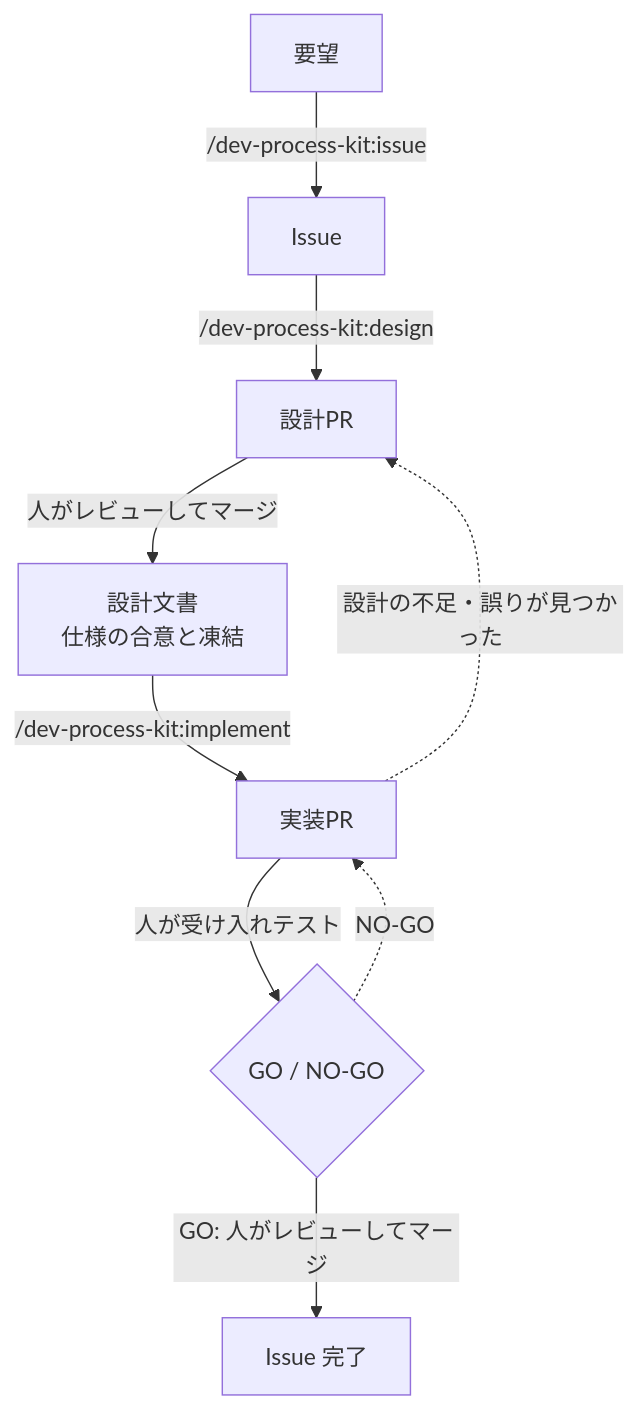
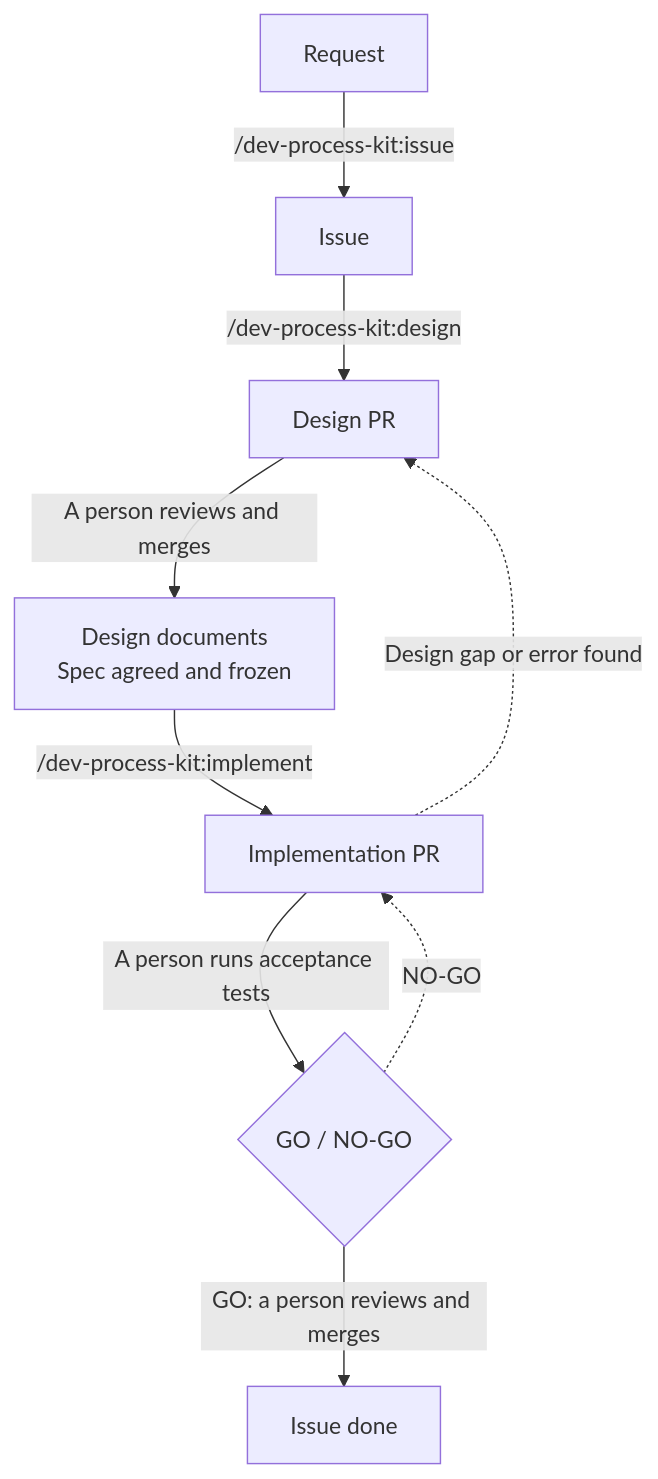
The diagram in README.md (neko3cs/dev-process-kit), drawn with Mermaid before and after one commit. The commit also changed other lines of this file and 7 other files, not shown here.

````diff
--- a/README.md
+++ b/README.md
@@ -23,11 +25,11 @@
 ```mermaid
 flowchart TD
-    A[要望] -->|"/dev-process-kit:issue"| B[Issue]
-    B -->|"/dev-process-kit:design"| C[設計PR]
-    C -->|人がレビューしてマージ| D[設計文書<br>仕様の合意と凍結]
-    D -->|"/dev-process-kit:implement"| E[実装PR]
-    E -->|人が受け入れテスト| G{GO / NO-GO}
-    G -->|GO: 人がレビューしてマージ| F[Issue 完了]
+    A[Request] -->|"/dev-process-kit:issue"| B[Issue]
+    B -->|"/dev-process-kit:design"| C[Design PR]
+    C -->|A person reviews and merges| D[Design documents<br>Spec agreed and frozen]
+    D -->|"/dev-process-kit:implement"| E[Implementation PR]
+    E -->|A person runs acceptance tests| G{GO / NO-GO}
+    G -->|GO: a person reviews and merges| F[Issue done]
     G -.->|NO-GO| E
-    E -.->|設計の不足・誤りが見つかった| C
+    E -.->|Design gap or error found| C
 ```
````
